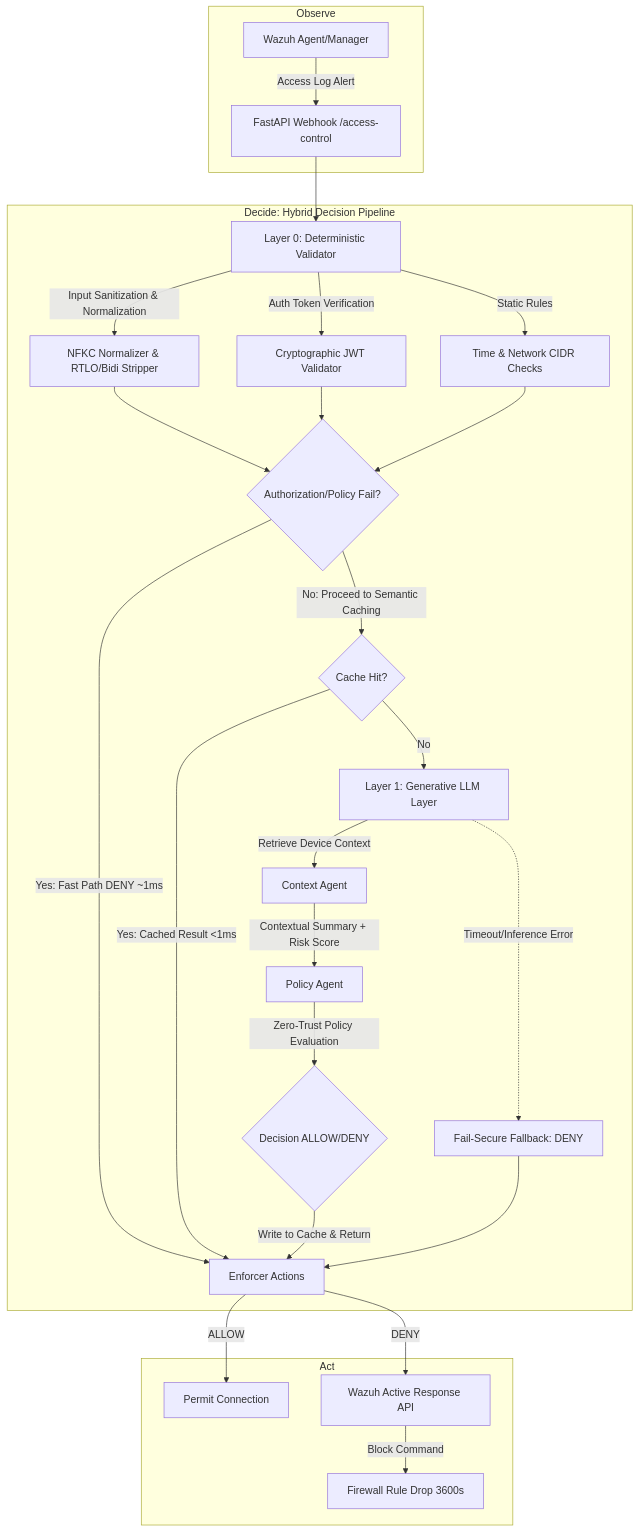
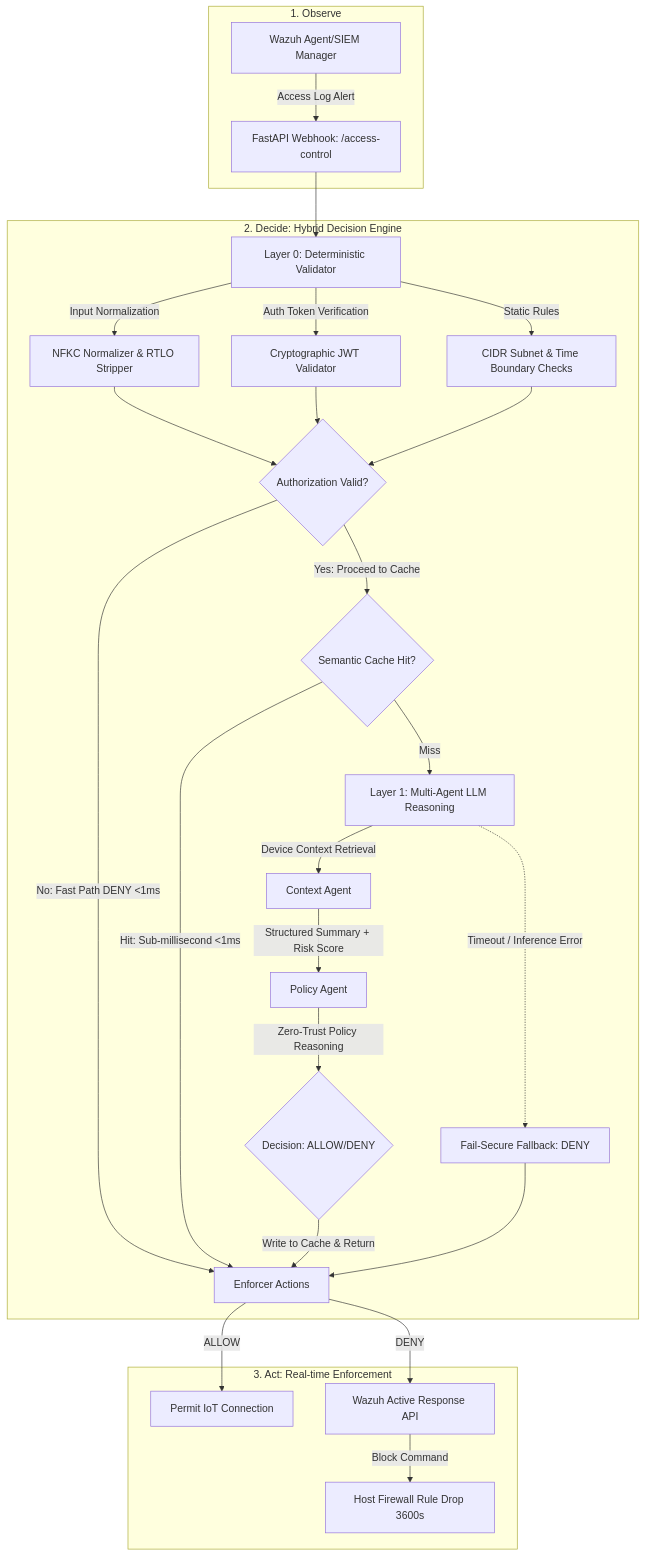
The diagram in README.md (ahmed-fouad-lagha/IoT-Access-Sentinel), drawn with Mermaid before and after one commit. The commit also changed other lines of this file and 19 other files, not shown here.

Commit message:
refactor: streamline repo architecture, remove unused demo folder, and add CI testing workflow

````diff
--- a/README.md
+++ b/README.md
@@ -37,43 +66,43 @@
 ```mermaid
 graph TD
-    subgraph Observe
-        Wazuh[Wazuh Agent/Manager] -->|Access Log Alert| API[FastAPI Webhook /access-control]
+    subgraph Observe [1. Observe]
+        Wazuh[Wazuh Agent/SIEM Manager] -->|Access Log Alert| API[FastAPI Webhook: /access-control]
     end
 
-    subgraph Decide [Decide: Hybrid Decision Pipeline]
+    subgraph Decide [2. Decide: Hybrid Decision Engine]
         API --> L0[Layer 0: Deterministic Validator]
         
         %% Layer 0
-        L0 -->|Input Sanitization & Normalization| Sanitizer[NFKC Normalizer & RTLO/Bidi Stripper]
+        L0 -->|Input Normalization| Sanitizer[NFKC Normalizer & RTLO Stripper]
         L0 -->|Auth Token Verification| JWT[Cryptographic JWT Validator]
-        L0 -->|Static Rules| Rules[Time & Network CIDR Checks]
+        L0 -->|Static Rules| Rules[CIDR Subnet & Time Boundary Checks]
         
-        Sanitizer --> L0_Check{Authorization/Policy Fail?}
+        Sanitizer --> L0_Check{Authorization Valid?}
         JWT --> L0_Check
         Rules --> L0_Check
         
-        L0_Check -->|Yes: Fast Path DENY ~1ms| Enforcer[Enforcer Actions]
-        L0_Check -->|No: Proceed to Semantic Caching| CacheLookup{Cache Hit?}
+        L0_Check -->|No: Fast Path DENY <1ms| Enforcer[Enforcer Actions]
+        L0_Check -->|Yes: Proceed to Cache| CacheLookup{Semantic Cache Hit?}
         
         %% Cache
-        CacheLookup -->|Yes: Cached Result <1ms| Enforcer
-        CacheLookup -->|No| L1[Layer 1: Generative LLM Layer]
+        CacheLookup -->|Hit: Sub-millisecond <1ms| Enforcer
+        CacheLookup -->|Miss| L1[Layer 1: Multi-Agent LLM Reasoning]
         
         %% Layer 1
-        L1 -->|Retrieve Device Context| CA[Context Agent]
-        CA -->|Contextual Summary + Risk Score| PA[Policy Agent]
-        PA -->|Zero-Trust Policy Evaluation| PA_Dec{Decision ALLOW/DENY}
+        L1 -->|Device Context Retrieval| CA[Context Agent]
+        CA -->|Structured Summary + Risk Score| PA[Policy Agent]
+        PA -->|Zero-Trust Policy Reasoning| PA_Dec{Decision: ALLOW/DENY}
         
         PA_Dec -->|Write to Cache & Return| Enforcer
         
         %% Failures
-        L1 -.->|Timeout/Inference Error| FailSecure[Fail-Secure Fallback: DENY]
+        L1 -.->|Timeout / Inference Error| FailSecure[Fail-Secure Fallback: DENY]
         FailSecure --> Enforcer
     end
 
-    subgraph Act
-        Enforcer -->|ALLOW| AllowAccess[Permit Connection]
+    subgraph Act [3. Act: Real-time Enforcement]
+        Enforcer -->|ALLOW| AllowAccess[Permit IoT Connection]
         Enforcer -->|DENY| WazuhAR[Wazuh Active Response API]
-        WazuhAR -->|Block Command| IPBlock[Firewall Rule Drop 3600s]
+        WazuhAR -->|Block Command| IPBlock[Host Firewall Rule Drop 3600s]
     end
 ```
````
